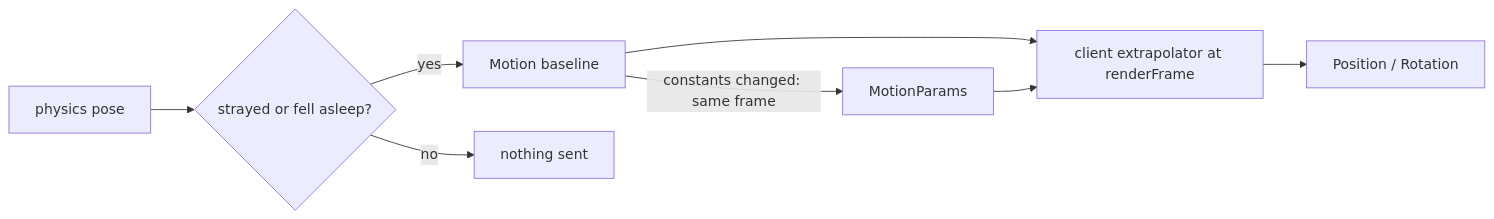
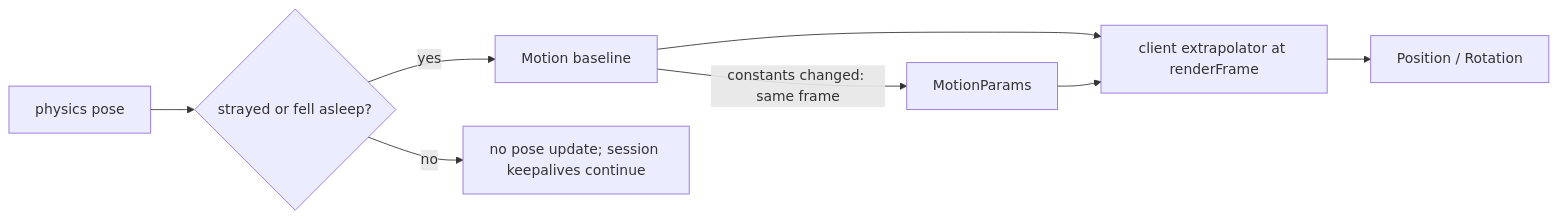
One commit to vworlds/vecs changed the diagram in lib/vecs-phaser/README.md. Above: the diagram before and after it, drawn with Mermaid. The commit also changed 8 other files, not shown here.

````diff
--- a/lib/vecs-phaser/README.md
+++ b/lib/vecs-phaser/README.md
@@ -87,10 +87,10 @@
 ```mermaid
 graph LR
   PP["physics pose"] --> D{"strayed or fell asleep?"}
   D -->|"yes"| M["Motion baseline"]
-  D -->|"no"| N["nothing sent"]
+  D -->|"no"| N["no pose update; session keepalives continue"]
   M -->|"constants changed: same frame"| K["MotionParams"]
   M --> X["client extrapolator at renderFrame"]
   K --> X
   X --> P["Position / Rotation"]
 ```
````
